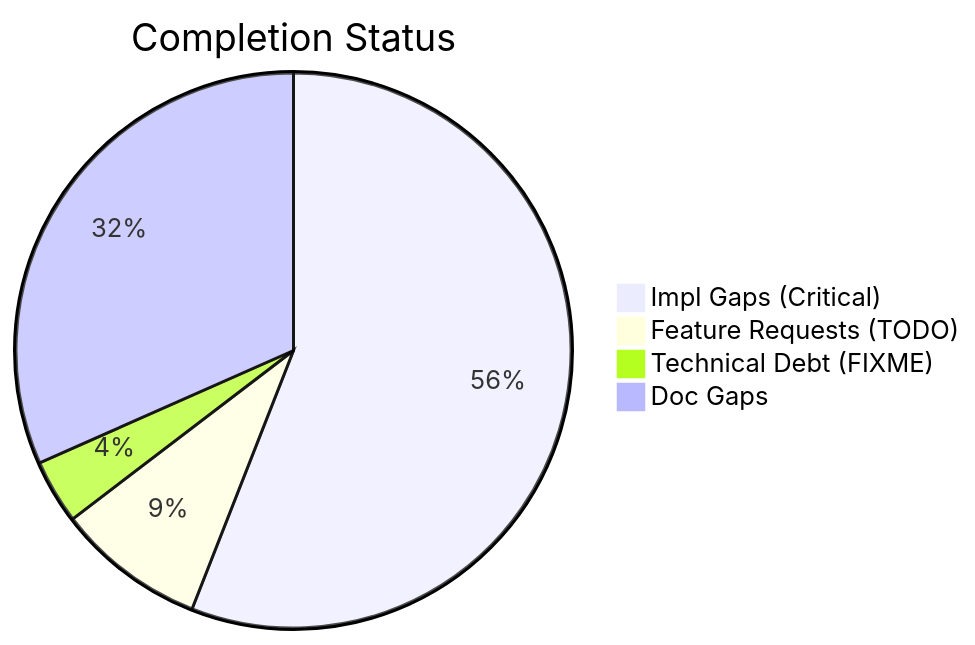
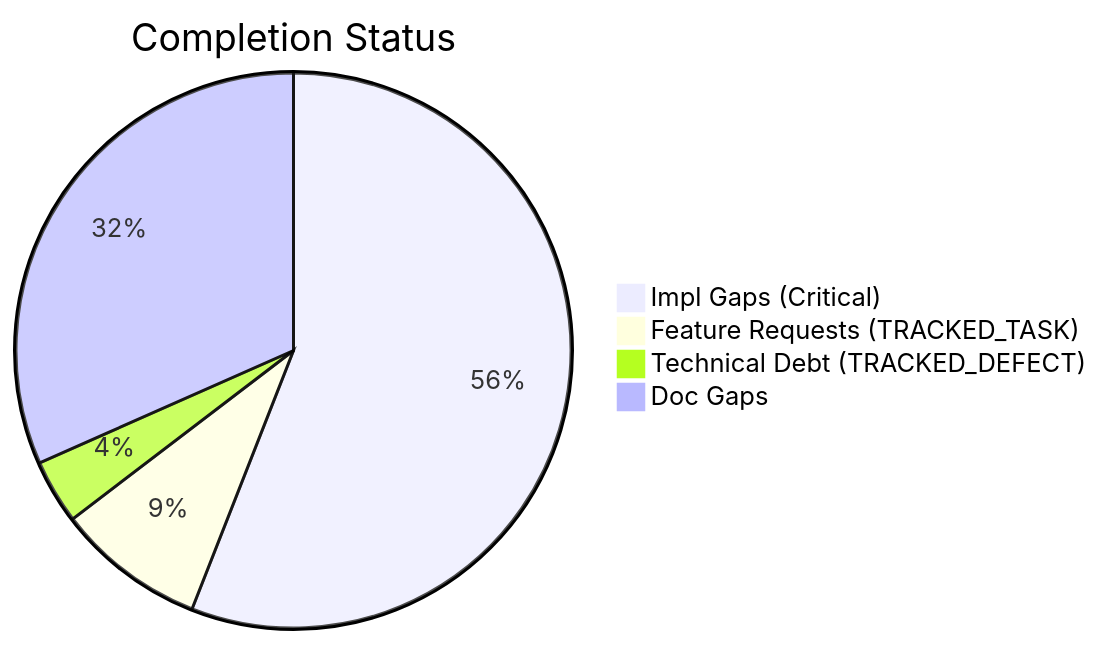
One commit to D-sorganization/UpstreamDrift changed the first of 2 diagrams in docs/assessments/completist/Completist_Report_2026-03-14.md. Above: the diagram before and after it, drawn with Mermaid. The commit also changed other lines of this file and 62 other files, not shown here.

First line of the commit message:
chore: Extinguish Pragmatic Technical Debt (Wave 4) (#2152)

````diff
--- a/docs/assessments/completist/Completist_Report_2026-03-14.md
+++ b/docs/assessments/completist/Completist_Report_2026-03-14.md
@@ -11,7 +11,7 @@
 ```mermaid
 pie title Completion Status
     "Impl Gaps (Critical)" : 329
-    "Feature Requests (TODO)" : 51
-    "Technical Debt (FIXME)" : 22
+    "Feature Requests (TRACKED_TASK)" : 51
+    "Technical Debt (TRACKED_DEFECT)" : 22
     "Doc Gaps" : 186
 ```
````
